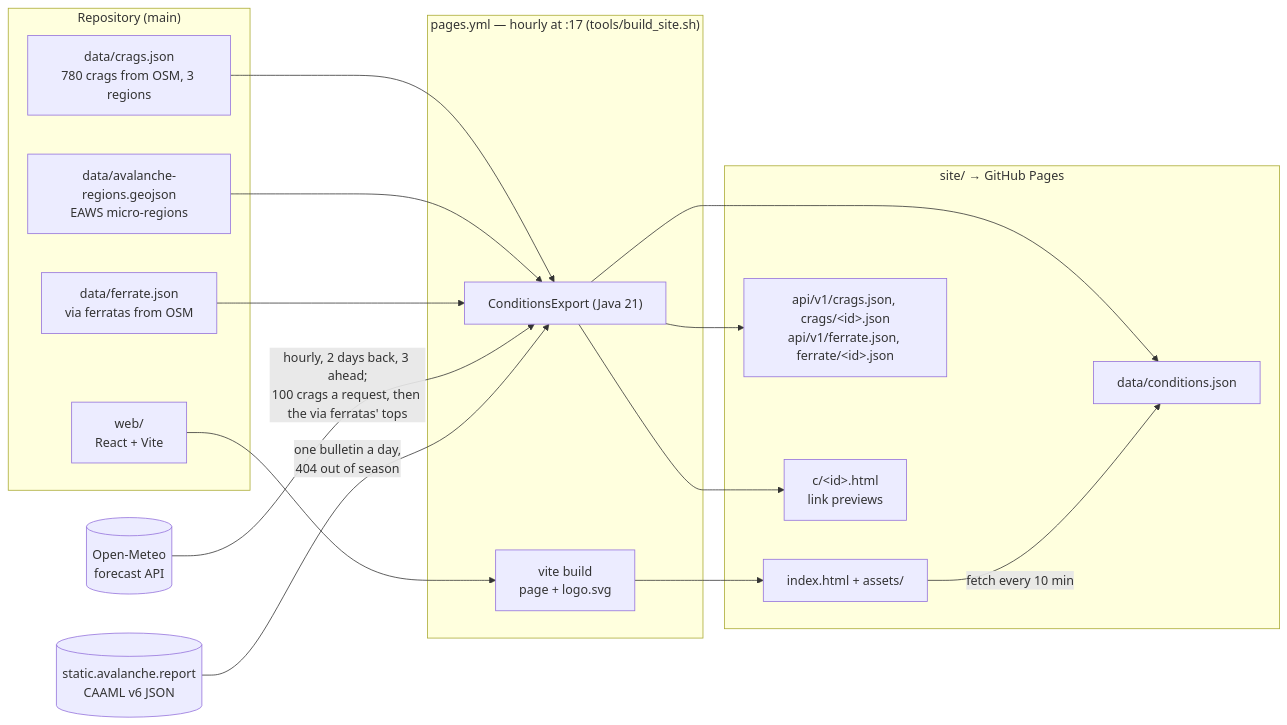
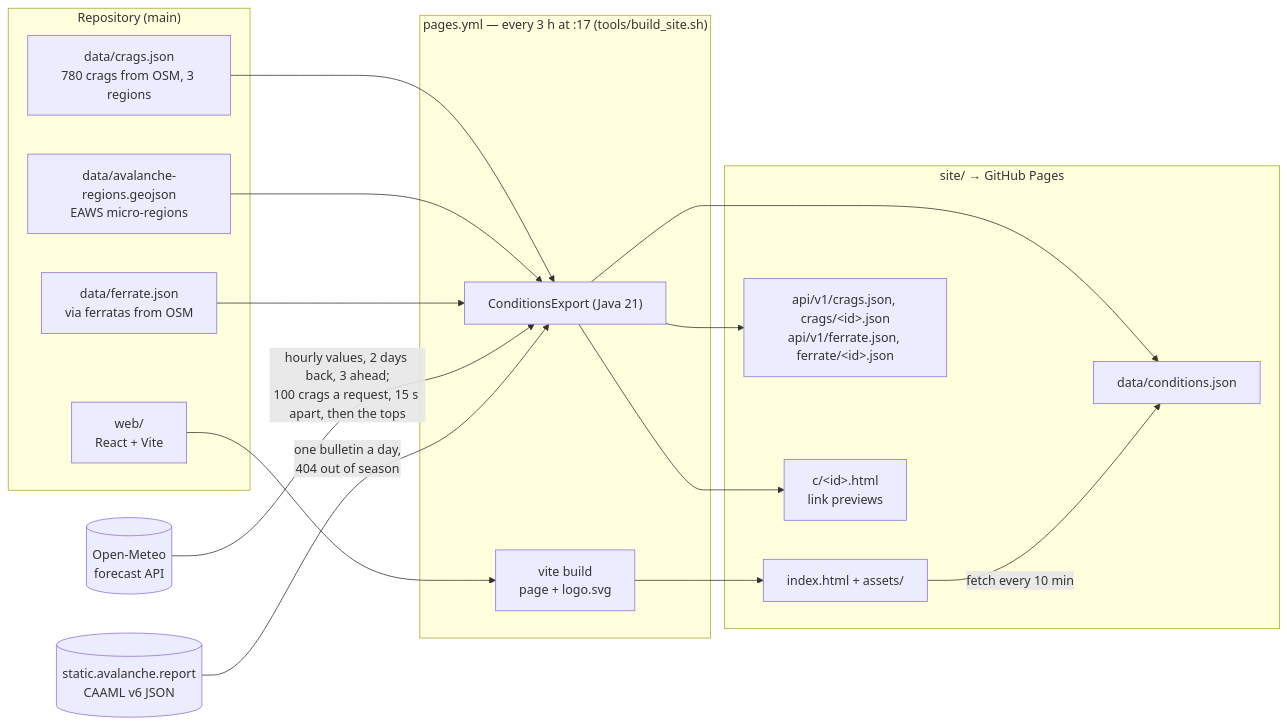
Before and after one commit to Allan-Nava/cragcast: the first of 2 diagrams in docs/ARCHITECTURE.md, drawn with Mermaid. The commit also changed other lines of this file and 16 other files, not shown here.

Commit message:
Every 3 hours, paced: Open-Meteo's free tier counts every place (CG-43)

````diff
--- a/docs/ARCHITECTURE.md
+++ b/docs/ARCHITECTURE.md
@@ -19,29 +19,29 @@
 ```mermaid
 flowchart LR
   subgraph repo["Repository (main)"]
     crags["data/crags.json<br/>780 crags from OSM, 3 regions"]
     regions["data/avalanche-regions.geojson<br/>EAWS micro-regions"]
     ferrate["data/ferrate.json<br/>via ferratas from OSM"]
     web["web/<br/>React + Vite"]
   end
-  subgraph action["pages.yml — hourly at :17 (tools/build_site.sh)"]
+  subgraph action["pages.yml — every 3 h at :17 (tools/build_site.sh)"]
     vite["vite build<br/>page + logo.svg"]
     export["ConditionsExport (Java 21)"]
   end
   meteo[("Open-Meteo<br/>forecast API")]
   eaws[("static.avalanche.report<br/>CAAML v6 JSON")]
   subgraph site["site/ → GitHub Pages"]
     page["index.html + assets/"]
     data["data/conditions.json"]
     api["api/v1/crags.json, crags/&lt;id&gt;.json<br/>api/v1/ferrate.json, ferrate/&lt;id&gt;.json"]
     share["c/&lt;id&gt;.html<br/>link previews"]
   end
   web --> vite --> page
   crags --> export
   regions --> export
   ferrate --> export
-  meteo -- "hourly, 2 days back, 3 ahead;<br/>100 crags a request, then the via ferratas' tops" --> export
+  meteo -- "hourly values, 2 days back, 3 ahead;<br/>100 crags a request, 15 s apart, then the tops" --> export
   eaws -- "one bulletin a day,<br/>404 out of season" --> export
   export --> data & api & share
   page -- "fetch every 10 min" --> data
 ```
````
